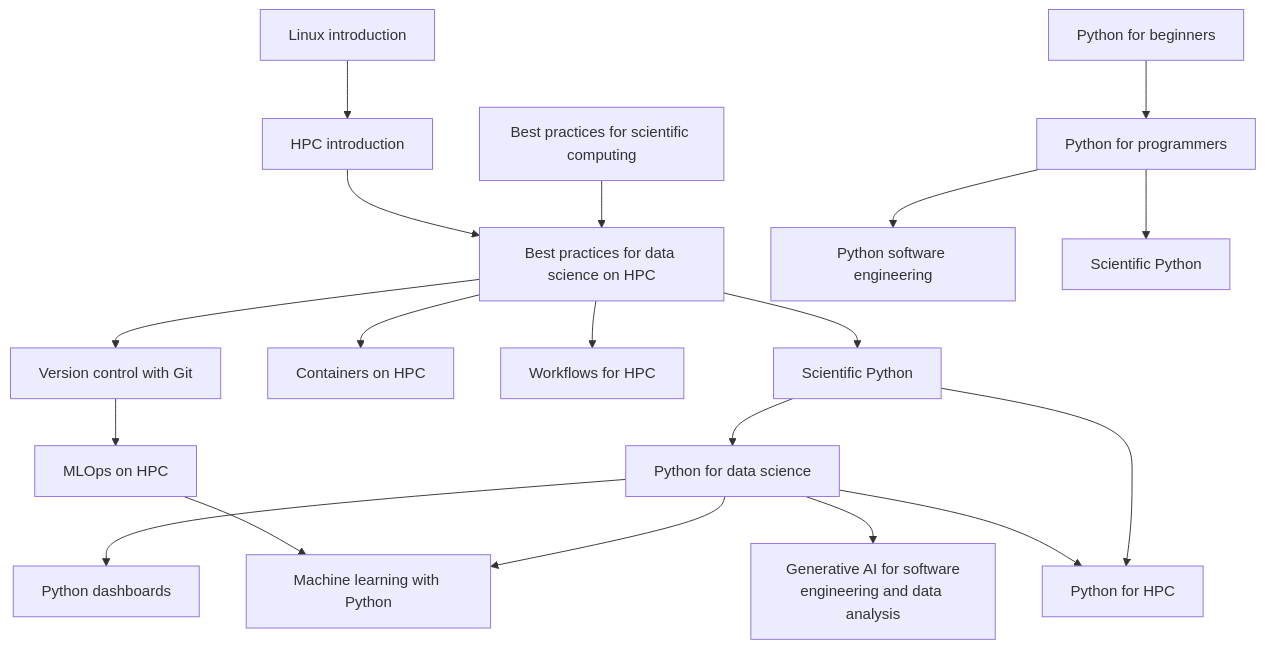
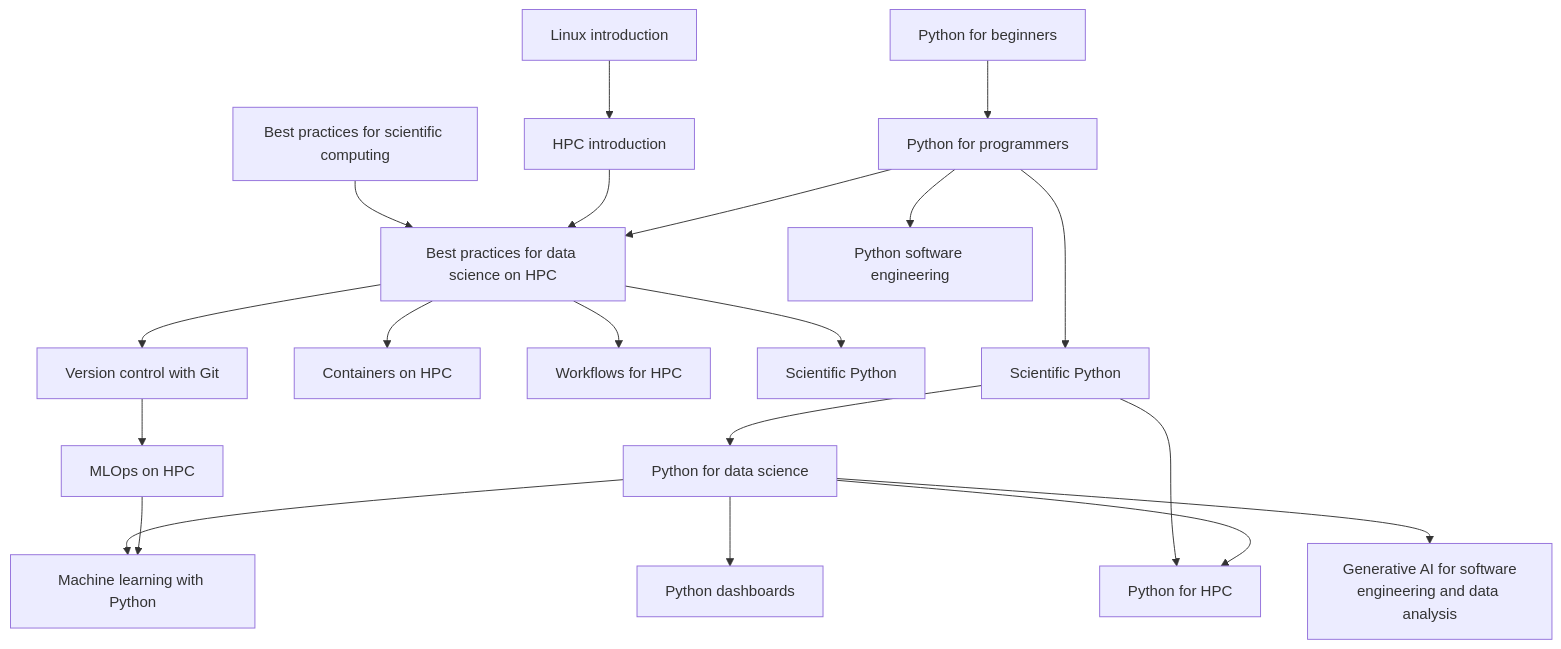
Before and after one commit to gjbex/Training-sessions: the diagram in docs/learning_path_data_science.md, drawn with Mermaid. The commit also changed other lines of this file, not shown here.

````diff
--- a/docs/learning_path_data_science.md
+++ b/docs/learning_path_data_science.md
@@ -6,38 +6,39 @@
 ```mermaid
 graph TD
   Best_practices_for_scientific_computing[Best practices for scientific computing] --> Best_practices_for_data_science_on_HPC[Best practices for data science on HPC]
   Linux_intro[Linux introduction] --> HPC_intro[HPC introduction]
   HPC_intro --> Best_practices_for_data_science_on_HPC
   Best_practices_for_data_science_on_HPC --> Version_control_with_git[Version control with Git]
   Version_control_with_git --> MLOps_on_HPC[MLOps on HPC]
+  Python_for_beginners[Python for beginners] --> Python_for_programmers[Python for programmers]
+  Python_for_programmers --> Best_practices_for_data_science_on_HPC
   Best_practices_for_data_science_on_HPC --> Containers_on_HPC[Containers on HPC]
   Best_practices_for_data_science_on_HPC --> Workflows_for_HPC[Workflows for HPC]
   Best_practices_for_data_science_on_HPC --> Scientific_python[Scientific Python]
-  Python_for_beginners[Python for beginners] --> Python_for_programmers[Python for programmers]
   Python_for_programmers --> Python_software_engineering[Python software engineering]
   Python_for_programmers --> Scientific_Python[Scientific Python]
-  Scientific_python --> Python_for_data_science[Python for data science]
+  Scientific_Python --> Python_for_data_science[Python for data science]
   Python_for_data_science --> Python_dashboards[Python dashboards]
-  Scientific_python --> Python_for_HPC[Python for HPC]
+  Scientific_Python --> Python_for_HPC[Python for HPC]
   Python_for_data_science --> Python_for_HPC
   Python_for_data_science --> Generative_ai_for_software_engineering_and_data_analysis[Generative AI for software\nengineering and data analysis]
   Python_for_data_science --> Machine_learning_with_Python[Machine learning with Python]
   MLOps_on_HPC --> Machine_learning_with_Python
   click Best_practices_for_scientific_computing "https://gjbex.github.io/Best-practices-for-scientific-computing/" "Best practices for scientific computing"
   click Best_practices_for_data_science_on_HPC "https://gjbex.github.io/Best-practices-for-data-science-on-HPC/" "Best practices for data science on HPC"
   click Linux_intro "https://gjbex.github.io/Training-sessions/linux_intro" "Linux introduction"
   click HPC_intro "https://gjbex.github.io/Training-sessions/hpc_intro" "HPC introduction"
   click Containers_on_HPC "https://gjbex.github.io/Containers-for-HPC/" "Containers on HPC"
   click Workflows_for_HPC "https://gjbex.github.io/Workflows-for-HPC/" "Workflows for HPC"
   click MLOps_on_HPC "https://gjbex.github.io/MLOps-on-HPC/" "MLOps on HPC"
   click Python_for_beginners "https://gjbex.github.io/Python-for-beginners/" "Python for beginners"
   click Python_for_programmers "https://gjbex.github.io/Python-for-programmers/" "Python for programmers"
   click Python_software_engineering "https://gjbex.github.io/Python-software-engineering/" "Python software engineering"
-  click Scientific_python "https://gjbex.github.io/Scientific-Python/" "Scientific Python"
+  click Scientific_Python "https://gjbex.github.io/Scientific-Python/" "Scientific Python"
   click Generative_ai_for_software_engineering_and_data_analysis "https://gjbex.github.io/Training-sessions/generative_ai_for_software_engineering_and_data_analysis" "Generative AI for software engineering and data analysis"
   click Machine_learning_with_Python "https://gjbex.github.io/Training-sessions/machine_learning_with_python" "Machine learning with Python"
   click MLOps_on_HPC "https://gjbex.github.io/Training-sessions/mlops_on_hpc" "MLOps on HPC"
   click Python_dashboards "https://gjbex.github.io/Python-dashboards/" "Python dashboards"
   click Python_for_HPC "https://gjbex.github.io/Python-for-HPC/" "Python for HPC"
   click Python_for_data_science "https://gjbex.github.io/Python-for-data-science/" "Python for data science"
 ```
````
